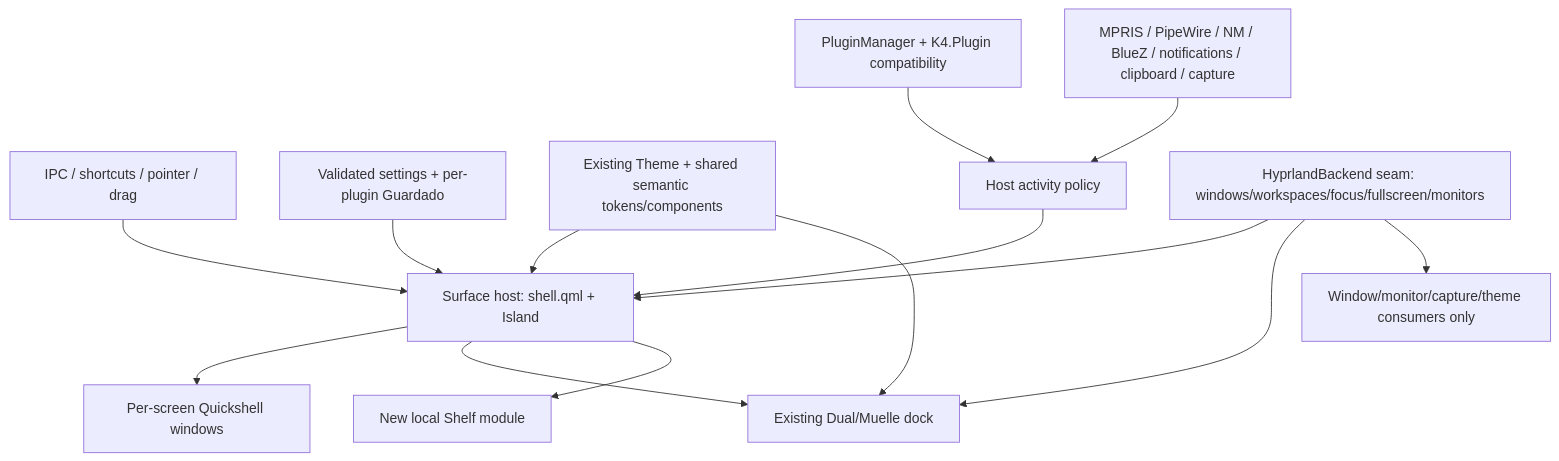
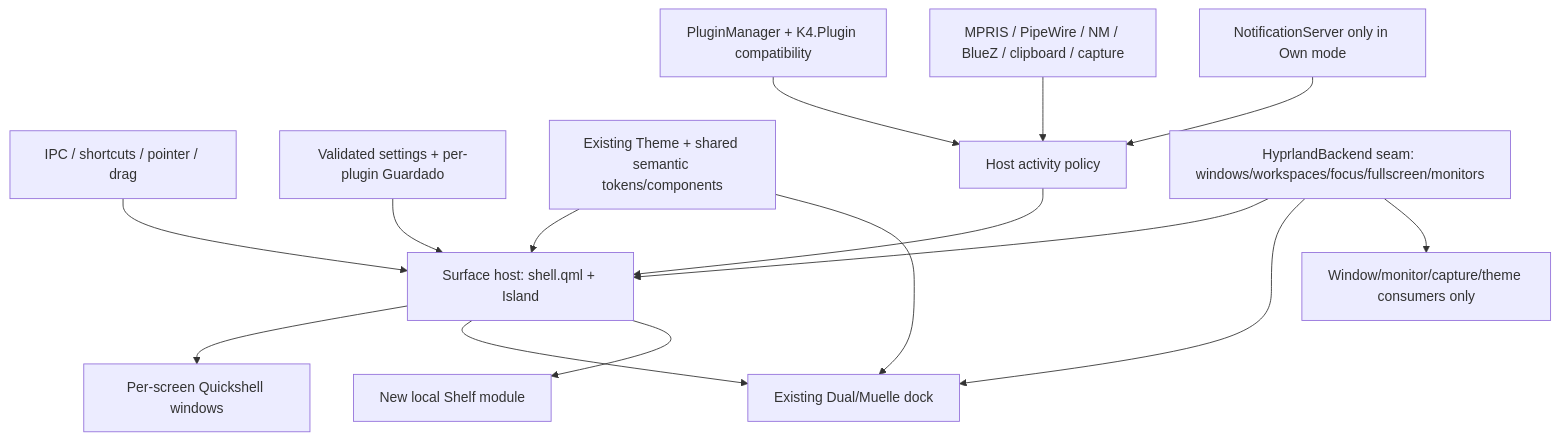
One commit to NoobSambit/linux-notch changed the diagram in docs/ARCHITECTURE.md. Above: the diagram before and after it, drawn with Mermaid. The commit also changed other lines of this file and 14 other files, not shown here.

````diff
--- a/docs/ARCHITECTURE.md
+++ b/docs/ARCHITECTURE.md
@@ -5,16 +5,17 @@
 ```mermaid
 flowchart TD
   Input[IPC / shortcuts / pointer / drag] --> Host[Surface host: shell.qml + Island]
   Settings[Validated settings + per-plugin Guardado] --> Host
   Theme[Existing Theme + shared semantic tokens/components] --> Host
   Theme --> Dock[Existing Dual/Muelle dock]
   Plugins[PluginManager + K4.Plugin compatibility] --> Activity[Host activity policy]
-  Services[MPRIS / PipeWire / NM / BlueZ / notifications / clipboard / capture] --> Activity
+  Services[MPRIS / PipeWire / NM / BlueZ / clipboard / capture] --> Activity
+  Notifs[NotificationServer only in Own mode] --> Activity
   Activity --> Host
   Host --> Screens[Per-screen Quickshell windows]
   Host --> Dock
   Host --> Shelf[New local Shelf module]
   Backend[HyprlandBackend seam: windows/workspaces/focus/fullscreen/monitors] --> Host
   Backend --> Dock
   Backend --> HyprFeatures[Window/monitor/capture/theme consumers only]
 ```
````
